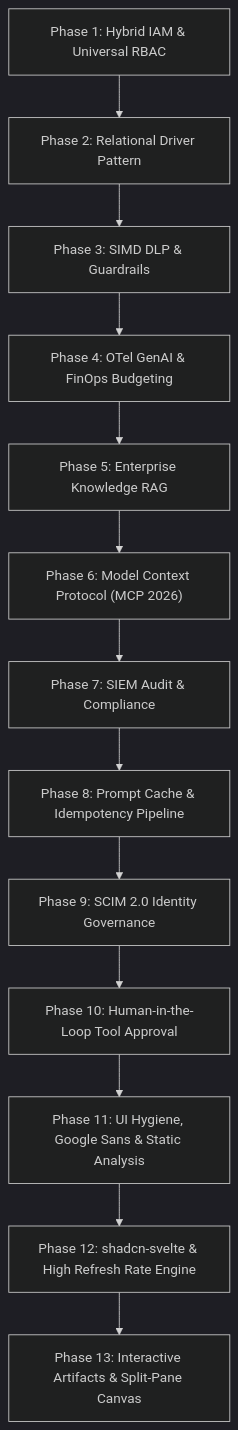
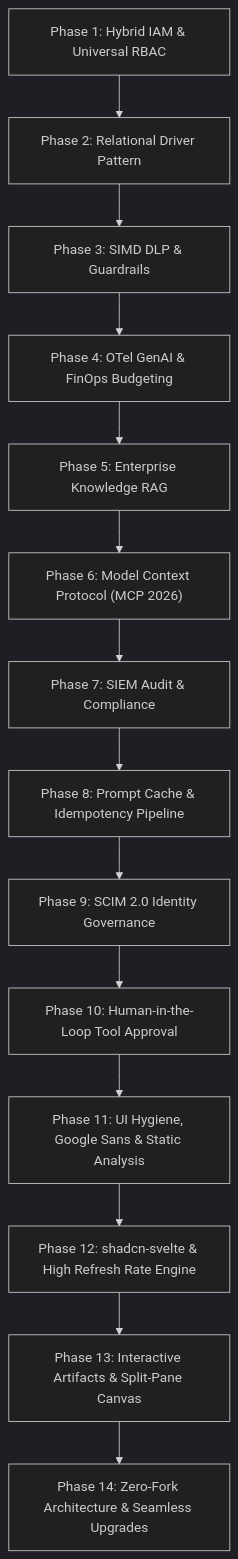
Before and after one commit to ihkaru/lumis: the diagram in docs/roadmap/00_ROADMAP_OVERVIEW.md, drawn with Mermaid (dark theme). The commit also changed other lines of this file and 8 other files, not shown here.

Commit message:
feat(distribution): implement Phase 14 zero-fork architecture, runtime branding, and pre-flight upgrade diagnostics

````diff
--- a/docs/roadmap/00_ROADMAP_OVERVIEW.md
+++ b/docs/roadmap/00_ROADMAP_OVERVIEW.md
@@ -29,15 +29,16 @@
 ```mermaid
 flowchart TD
     P1["Phase 1: Hybrid IAM & Universal RBAC"] --> P2["Phase 2: Relational Driver Pattern"]
     P2 --> P3["Phase 3: SIMD DLP & Guardrails"]
     P3 --> P4["Phase 4: OTel GenAI & FinOps Budgeting"]
     P4 --> P5["Phase 5: Enterprise Knowledge RAG"]
     P5 --> P6["Phase 6: Model Context Protocol (MCP 2026)"]
     P6 --> P7["Phase 7: SIEM Audit & Compliance"]
     P7 --> P8["Phase 8: Prompt Cache & Idempotency Pipeline"]
     P8 --> P9["Phase 9: SCIM 2.0 Identity Governance"]
     P9 --> P10["Phase 10: Human-in-the-Loop Tool Approval"]
     P10 --> P11["Phase 11: UI Hygiene, Google Sans & Static Analysis"]
     P11 --> P12["Phase 12: shadcn-svelte & High Refresh Rate Engine"]
     P12 --> P13["Phase 13: Interactive Artifacts & Split-Pane Canvas"]
+    P13 --> P14["Phase 14: Zero-Fork Architecture & Seamless Upgrades"]
 ```
````
